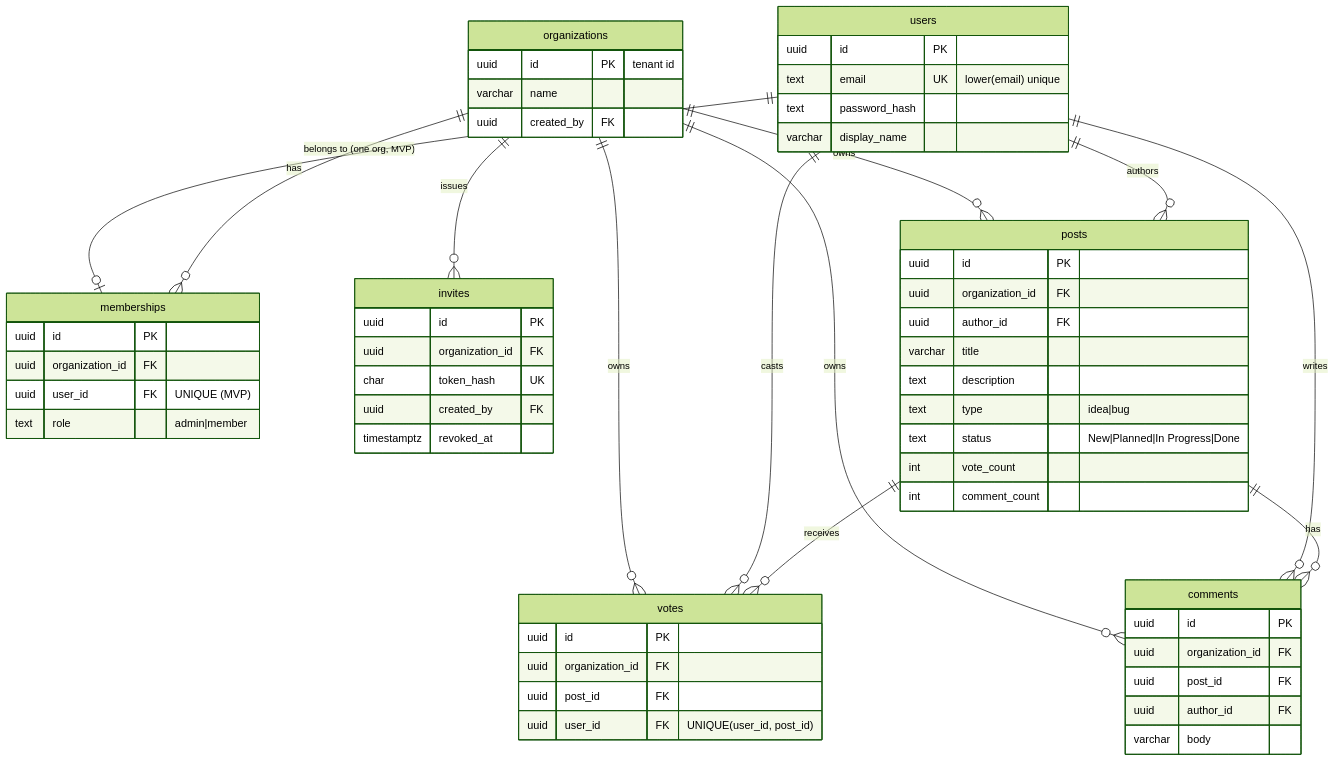
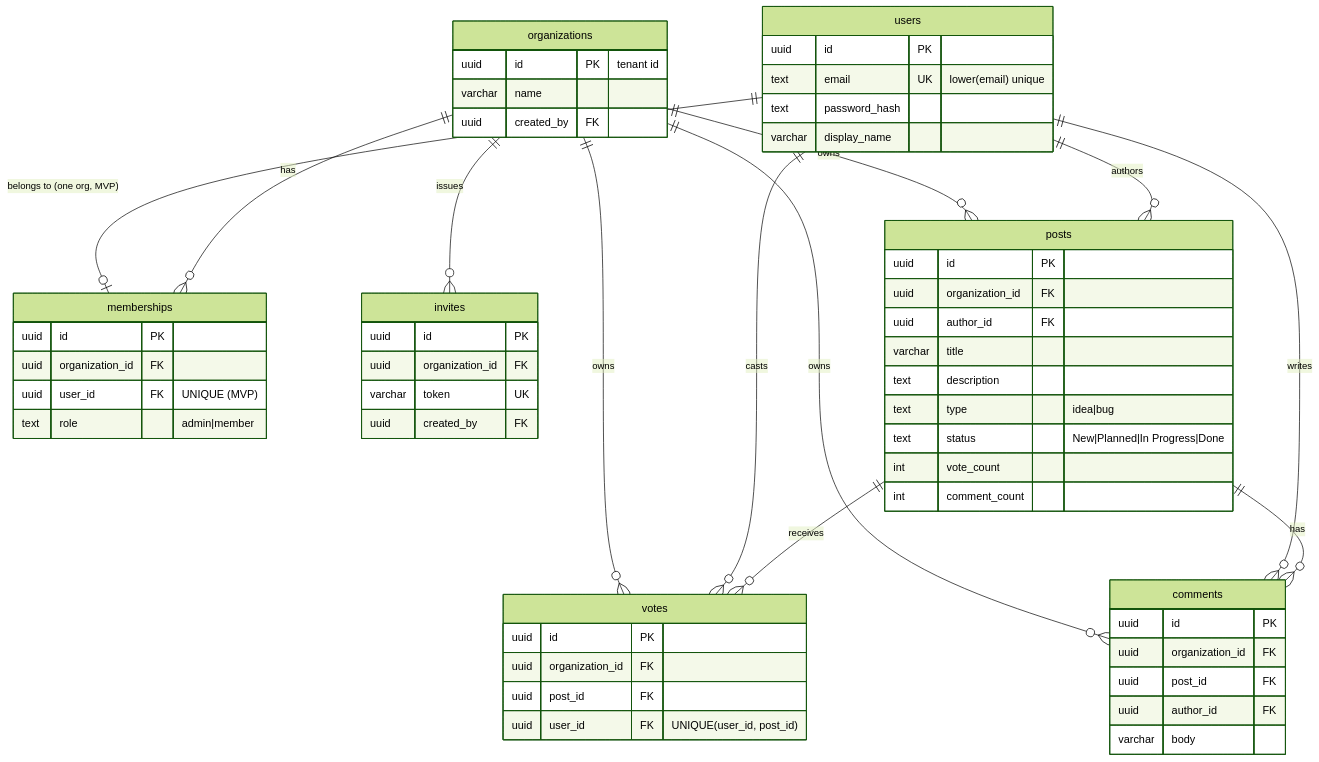
One commit to Gopi-Git001/feedback_borard changed the diagram in docs/project/architecture/data-model.md. Above: the diagram before and after it, drawn with Mermaid (forest theme). The commit also changed other lines of this file and 3 other files, not shown here.

````diff
--- a/docs/project/architecture/data-model.md
+++ b/docs/project/architecture/data-model.md
@@ -109,62 +108,61 @@
 ```mermaid
 erDiagram
     users ||--o| memberships : "belongs to (one org, MVP)"
     organizations ||--o{ memberships : has
     organizations ||--o{ invites : issues
     organizations ||--o{ posts : owns
     organizations ||--o{ votes : owns
     organizations ||--o{ comments : owns
     users ||--o{ posts : authors
     users ||--o{ comments : writes
     users ||--o{ votes : casts
     posts ||--o{ votes : receives
     posts ||--o{ comments : has
     users {
         uuid id PK
         text email UK "lower(email) unique"
         text password_hash
         varchar display_name
     }
     organizations {
         uuid id PK "tenant id"
         varchar name
         uuid created_by FK
     }
     memberships {
         uuid id PK
         uuid organization_id FK
         uuid user_id FK "UNIQUE (MVP)"
         text role "admin|member"
     }
     invites {
         uuid id PK
         uuid organization_id FK
-        char token_hash UK
+        varchar token UK
         uuid created_by FK
-        timestamptz revoked_at
     }
     posts {
         uuid id PK
         uuid organization_id FK
         uuid author_id FK
         varchar title
         text description
         text type "idea|bug"
         text status "New|Planned|In Progress|Done"
         int vote_count
         int comment_count
     }
     votes {
         uuid id PK
         uuid organization_id FK
         uuid post_id FK
         uuid user_id FK "UNIQUE(user_id, post_id)"
     }
     comments {
         uuid id PK
         uuid organization_id FK
         uuid post_id FK
         uuid author_id FK
         varchar body
     }
 ```
````
